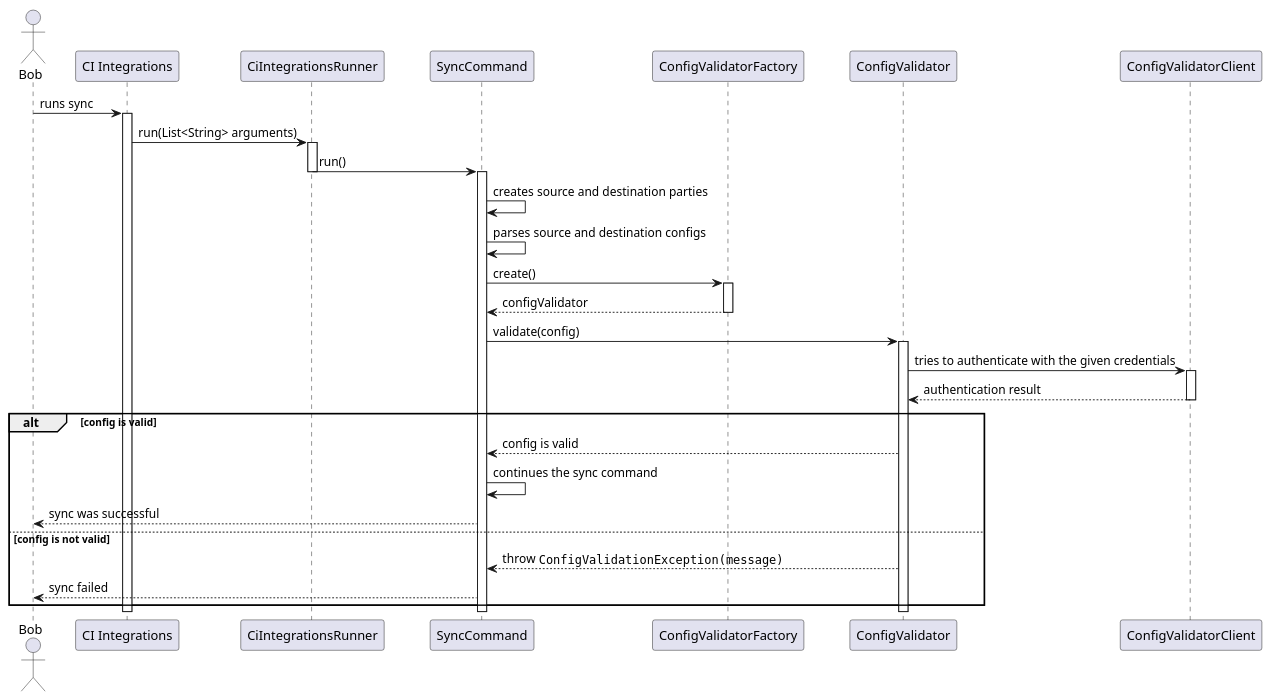
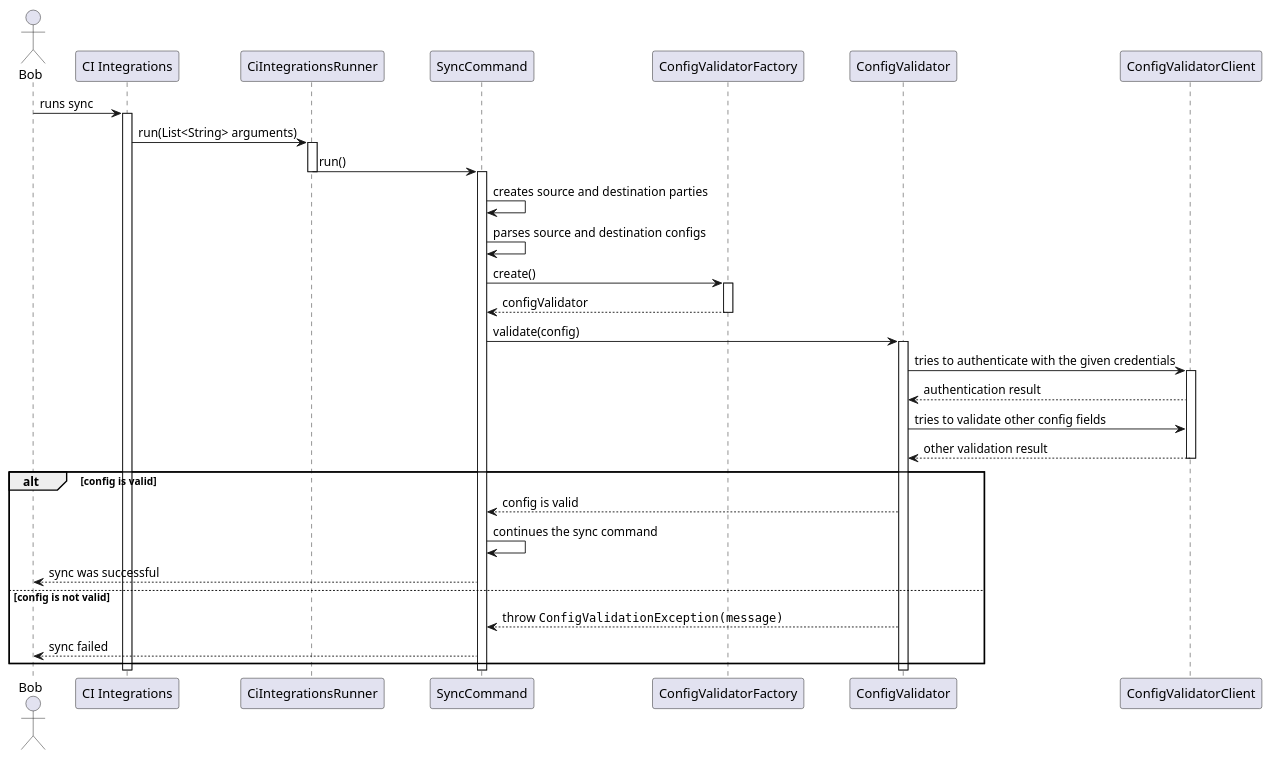
The diagram in metrics/ci_integrations/docs/diagrams/ci_integrations_config_validator_sequence_diagram.puml (Flank/flank-dashboard), drawn with PlantUML before and after one commit. The commit also changed 2 other files, not shown here.

Commit message:
Improve diagram. Minor fixes

```diff
--- a/metrics/ci_integrations/docs/diagrams/ci_integrations_config_validator_sequence_diagram.puml
+++ b/metrics/ci_integrations/docs/diagrams/ci_integrations_config_validator_sequence_diagram.puml
@@ -1,61 +1,65 @@
 @startuml ci_integrations_config_validator_sequence_diagram
 
 skinparam ParticipantPadding 20
 skinparam BoxPadding 10
 
 actor Bob
 
 participant "CI Integrations"
 participant CiIntegrationsRunner
 participant SyncCommand
 participant ConfigValidatorFactory
 participant ConfigValidator
 participant ConfigValidatorClient
 
 Bob -> "CI Integrations" : runs sync
 activate "CI Integrations"
 
 "CI Integrations" -> CiIntegrationsRunner: run(List<String> arguments)
 activate CiIntegrationsRunner
 
 CiIntegrationsRunner -> SyncCommand: run()
 deactivate CiIntegrationsRunner
 activate SyncCommand
 
 SyncCommand -> SyncCommand : creates source and destination parties
 SyncCommand -> SyncCommand : parses source and destination configs
 
 SyncCommand -> ConfigValidatorFactory : create()
 activate ConfigValidatorFactory
 
 ConfigValidatorFactory --> SyncCommand : configValidator
 deactivate ConfigValidatorFactory
 
 SyncCommand -> ConfigValidator : validate(config)
 activate ConfigValidator
 
+
 ConfigValidator -> ConfigValidatorClient : tries to authenticate with the given credentials
 activate ConfigValidatorClient
 
 ConfigValidatorClient --> ConfigValidator : authentication result
+ConfigValidator -> ConfigValidatorClient : tries to validate other config fields
+ConfigValidatorClient --> ConfigValidator : other validation result
+
 deactivate ConfigValidatorClient
 
 alt config is valid
 
     ConfigValidator --> SyncCommand : config is valid
     SyncCommand -> SyncCommand : continues the sync command
     SyncCommand --> Bob : sync was successful
 
 else config is not valid
 
     ConfigValidator --> SyncCommand : throw ""ConfigValidationException(message)""
     SyncCommand --> Bob : sync failed
 
 end
 
 deactivate ConfigValidator
 
 deactivate "CI Integrations"
 deactivate SyncCommand
 
 @enduml
```
